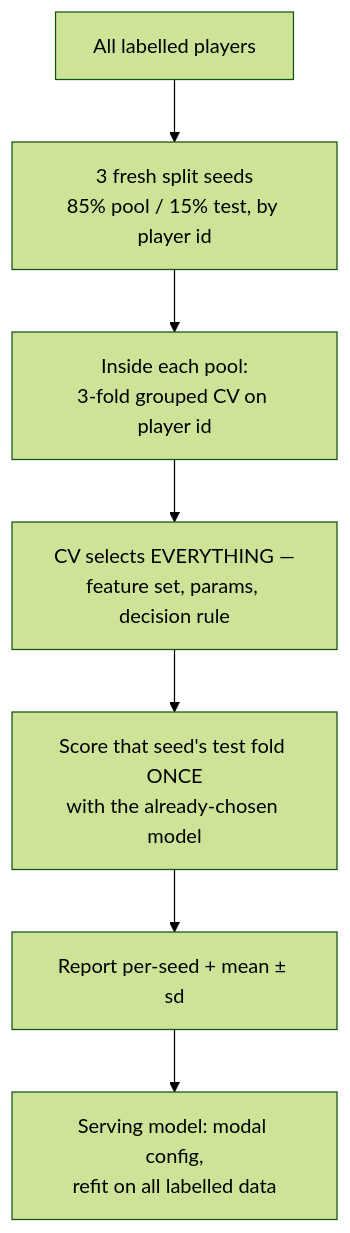
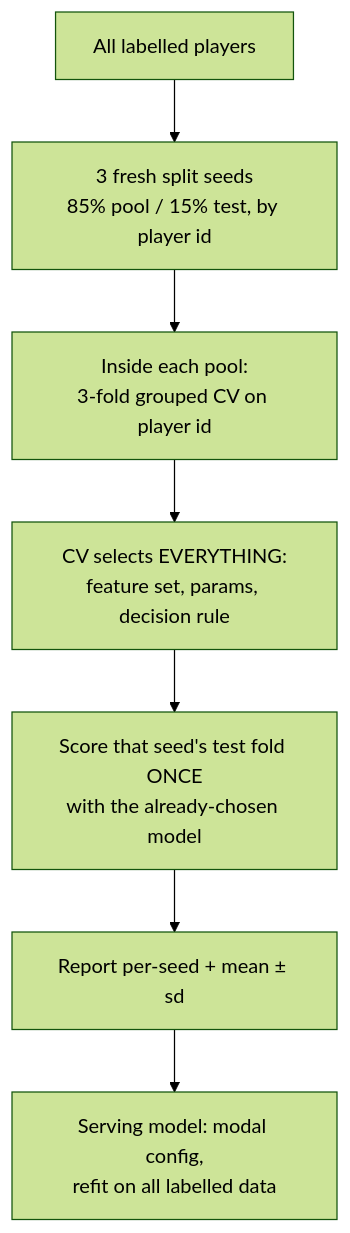
One commit to shigenogoro/PuckAI-Engineering changed the diagram in docs/benchmarks/README.md. Above: the diagram before and after it, drawn with Mermaid (forest theme). The commit also changed other lines of this file and 19 other files, not shown here.

````diff
--- a/docs/benchmarks/README.md
+++ b/docs/benchmarks/README.md
@@ -162,9 +170,9 @@
 ```mermaid
 flowchart TD
   A["All labelled players"] --> B["3 fresh split seeds<br/>85% pool / 15% test, by player id"]
   B --> C["Inside each pool:<br/>3-fold grouped CV on player id"]
-  C --> D["CV selects EVERYTHING —<br/>feature set, params, decision rule"]
+  C --> D["CV selects EVERYTHING:<br/>feature set, params, decision rule"]
   D --> E["Score that seed's test fold ONCE<br/>with the already-chosen model"]
   E --> F["Report per-seed + mean ± sd"]
   F --> G["Serving model: modal config,<br/>refit on all labelled data"]
 ```
````
